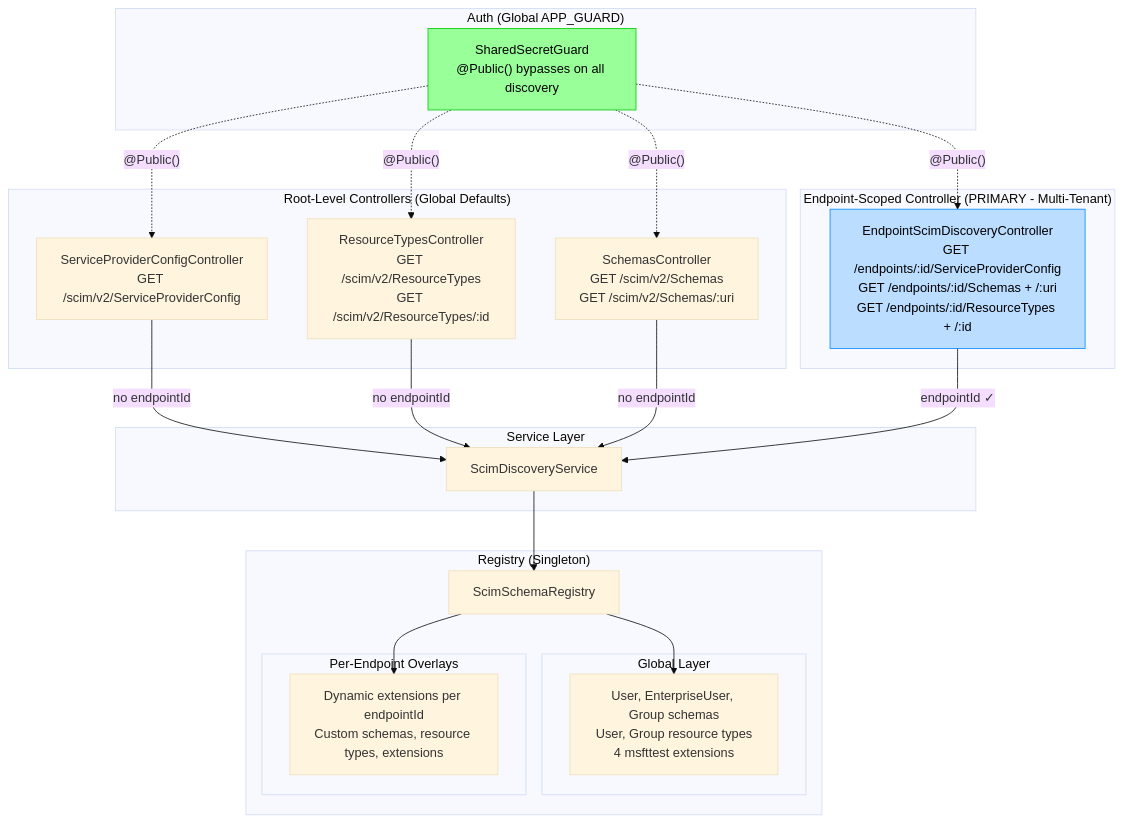
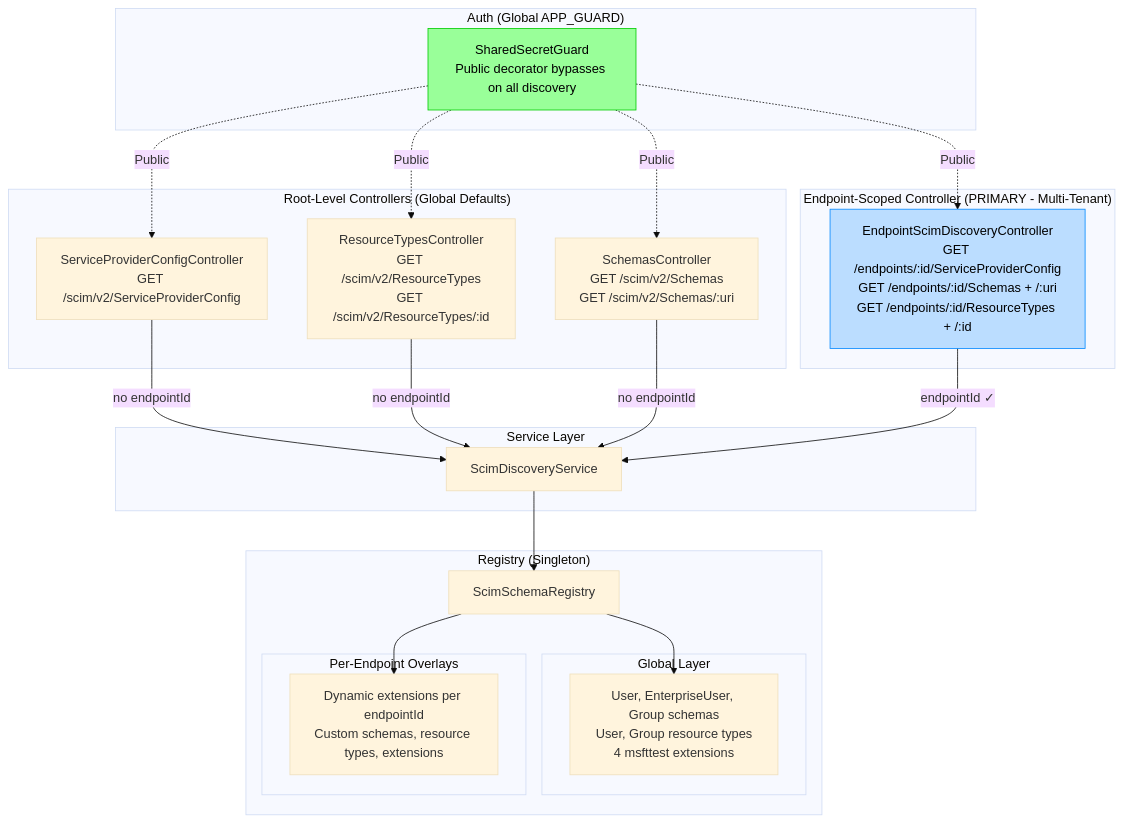
The first of 4 diagrams in docs/DISCOVERY_ENDPOINTS_RFC_AUDIT.md (pranems/SCIMServer), drawn with Mermaid (base theme) before and after one commit. The commit also changed other lines of this file and 8 other files, not shown here.

````diff
--- a/docs/DISCOVERY_ENDPOINTS_RFC_AUDIT.md
+++ b/docs/DISCOVERY_ENDPOINTS_RFC_AUDIT.md
@@ -147,46 +147,46 @@
 ```mermaid
 graph TB
     subgraph "Root-Level Controllers (Global Defaults)"
         ROOT_SPC["ServiceProviderConfigController<br/>GET /scim/v2/ServiceProviderConfig"]
         ROOT_RT["ResourceTypesController<br/>GET /scim/v2/ResourceTypes<br/>GET /scim/v2/ResourceTypes/:id"]
         ROOT_SCH["SchemasController<br/>GET /scim/v2/Schemas<br/>GET /scim/v2/Schemas/:uri"]
     end
 
     subgraph "Endpoint-Scoped Controller (PRIMARY - Multi-Tenant)"
         EP_DISC["EndpointScimDiscoveryController<br/>GET /endpoints/:id/ServiceProviderConfig<br/>GET /endpoints/:id/Schemas + /:uri<br/>GET /endpoints/:id/ResourceTypes + /:id"]
     end
 
     subgraph "Service Layer"
         SDS["ScimDiscoveryService"]
     end
 
     subgraph "Registry (Singleton)"
         REG["ScimSchemaRegistry"]
         subgraph "Global Layer"
             GL["User, EnterpriseUser, Group schemas<br/>User, Group resource types<br/>4 msfttest extensions"]
         end
         subgraph "Per-Endpoint Overlays"
             EPO["Dynamic extensions per endpointId<br/>Custom schemas, resource types, extensions"]
         end
     end
 
     subgraph "Auth (Global APP_GUARD)"
-        GUARD["SharedSecretGuard<br/>@Public() bypasses on all discovery"]
+        GUARD["SharedSecretGuard<br/>Public decorator bypasses on all discovery"]
     end
 
     ROOT_SPC -->|"no endpointId"| SDS
     ROOT_RT -->|"no endpointId"| SDS
     ROOT_SCH -->|"no endpointId"| SDS
     EP_DISC -->|"endpointId ✓"| SDS
     SDS --> REG
     REG --> GL
     REG --> EPO
 
-    GUARD -.->|"@Public()"| ROOT_SPC
-    GUARD -.->|"@Public()"| ROOT_RT
-    GUARD -.->|"@Public()"| ROOT_SCH
-    GUARD -.->|"@Public()"| EP_DISC
+    GUARD -.->|"Public"| ROOT_SPC
+    GUARD -.->|"Public"| ROOT_RT
+    GUARD -.->|"Public"| ROOT_SCH
+    GUARD -.->|"Public"| EP_DISC
 
     style EP_DISC fill:#bdf,stroke:#08f,color:#000
     style GUARD fill:#9f9,stroke:#0c0,color:#000
 ```
````
